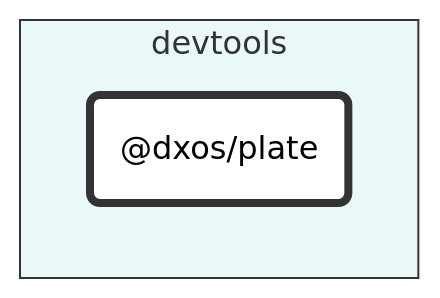
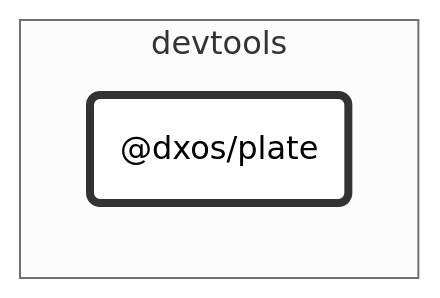
One commit to dxos/dxos changed the diagram in packages/devtools/plate/docs/README.md. Above: the diagram before and after it, drawn with Mermaid (neutral theme). The commit also changed 80 other files, not shown here.

````diff
--- a/packages/devtools/plate/docs/README.md
+++ b/packages/devtools/plate/docs/README.md
@@ -7,20 +7,19 @@
 ```mermaid
 %%{ init: {'flowchart':{'curve':'basis'}} }%%
 
 flowchart LR
 
 %% Classes
 classDef def fill:#fff,stroke:#333,stroke-width:1px
 classDef root fill:#fff,stroke:#333,stroke-width:4px
 
 %% Nodes
 
 subgraph devtools [devtools]
-  style devtools fill:#ebf8fa,stroke:#333
   dxos/plate("@dxos/plate"):::root
   click dxos/plate "dxos/dxos/tree/main/packages/devtools/plate/docs"
 end
 
 %% Links
 linkStyle default stroke:#333,stroke-width:1px
 ```
````
